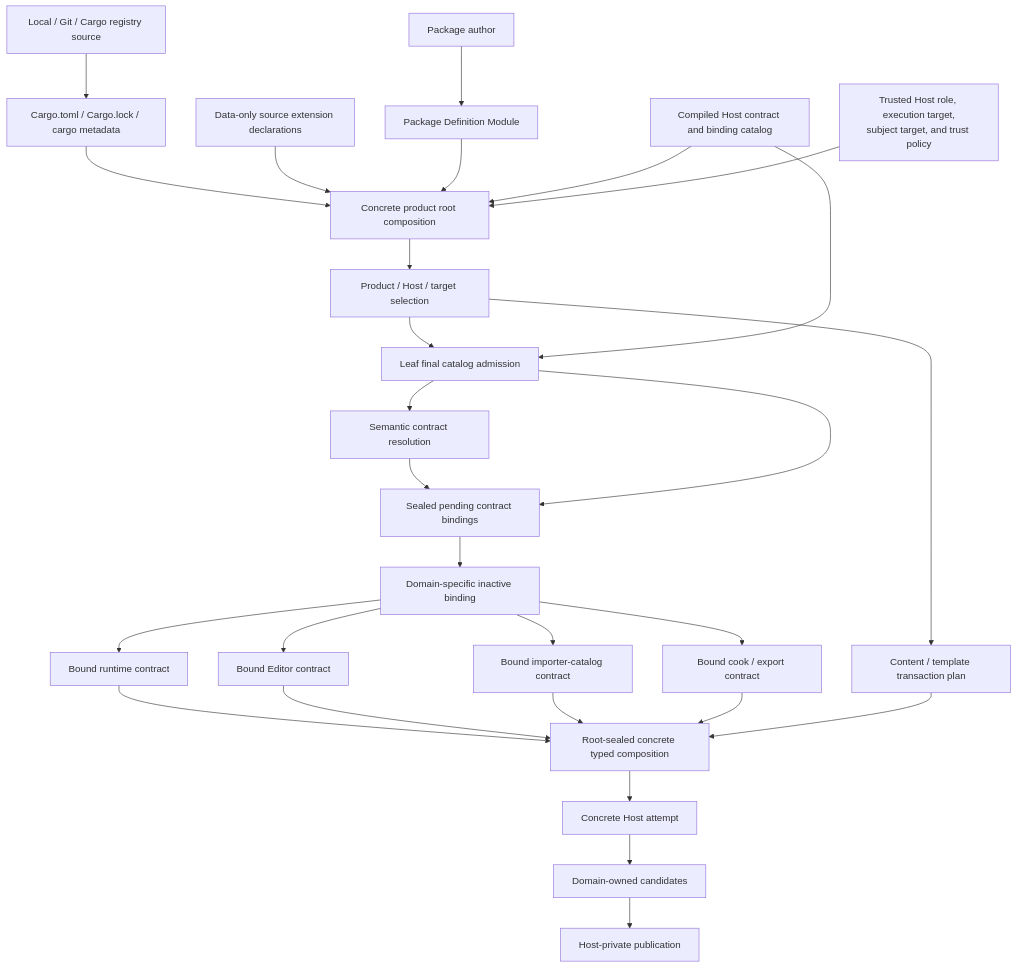
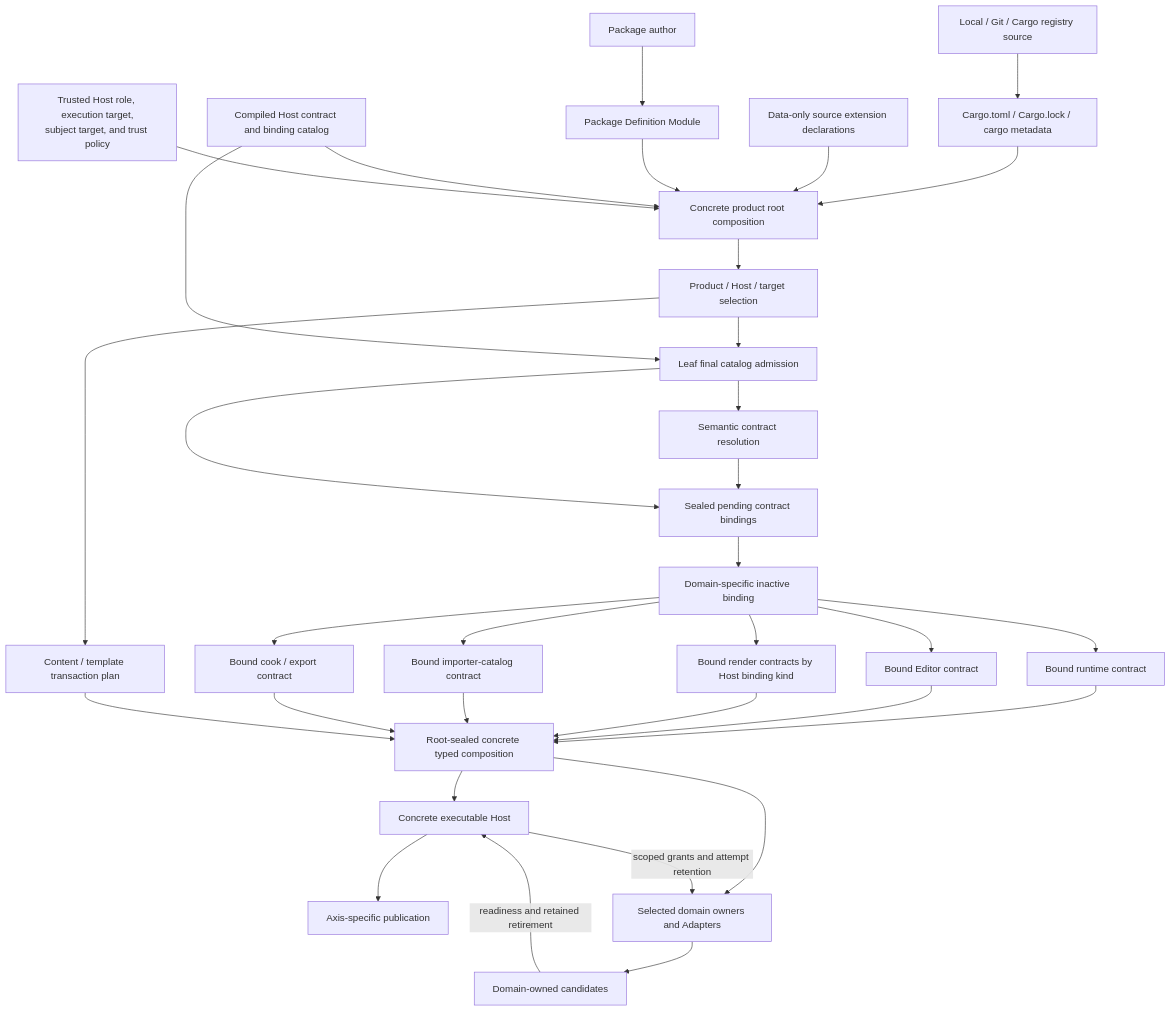
One commit to Latias94/nara changed the first of 2 diagrams in docs/architecture/source-extension-package-interface-design.md. Above: the diagram before and after it, drawn with Mermaid. The commit also changed other lines of this file and 10 other files, not shown here.

First line of the commit message:
docs(architecture): define extension capability parity

````diff
--- a/docs/architecture/source-extension-package-interface-design.md
+++ b/docs/architecture/source-extension-package-interface-design.md
@@ -244,50 +244,57 @@
 ```mermaid
 flowchart TD
     Author[Package author] --> Definition[Package Definition Module]
     Cargo[Cargo.toml / Cargo.lock / cargo metadata]
     Source[Local / Git / Cargo registry source]
     Manifest[Data-only source extension declarations]
     Catalog[Compiled Host contract and binding catalog]
     Policy[Trusted Host role, execution target,<br/>subject target, and trust policy]
     Root[Concrete product root composition]
     Selection[Product / Host / target selection]
     Admission[Leaf final catalog admission]
     Resolve[Semantic contract resolution]
     Pending[Sealed pending contract bindings]
     Bind[Domain-specific inactive binding]
     Runtime[Bound runtime contract]
     Editor[Bound Editor contract]
+    Render[Bound render contracts by Host binding kind]
     Import[Bound importer-catalog contract]
     Build[Bound cook / export contract]
     Content[Content / template transaction plan]
     Composition[Root-sealed concrete typed composition]
     Host[Concrete Host attempt]
     Candidate[Domain-owned candidates]
     Publish[Host-private publication]
 
     Source --> Cargo
     Cargo --> Root
     Manifest --> Root
     Definition --> Root
     Catalog --> Root
     Policy --> Root
     Root --> Selection
     Selection --> Admission
     Catalog --> Admission
     Admission --> Resolve
     Resolve --> Pending
     Admission --> Pending
     Pending --> Bind
     Bind --> Runtime
     Bind --> Editor
+    Bind --> Render
     Bind --> Import
     Bind --> Build
     Selection --> Content
     Runtime --> Composition
     Editor --> Composition
+    Render --> Composition
     Import --> Composition
     Build --> Composition
     Content --> Composition
-    Composition --> Host
-    Host --> Candidate --> Publish
+    Composition --> Host[Concrete executable Host]
+    Composition --> Owners[Selected domain owners and Adapters]
+    Host -->|scoped grants and attempt retention| Owners
+    Owners --> Candidate[Domain-owned candidates]
+    Candidate -->|readiness and retained retirement| Host
+    Host --> Publish[Axis-specific publication]
 ```
````
